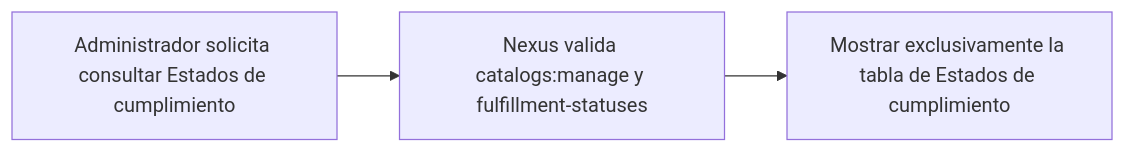
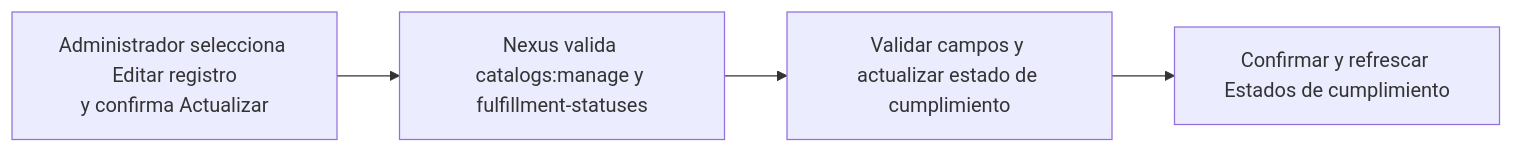
One commit to gpgsistemas01/nexus changed the diagram in docs/requirements/diagrams/catalogs/cu-cat-42.md. Above: the diagram before and after it, drawn with Mermaid. The commit also changed other lines of this file and 207 other files, not shown here.

````diff
--- a/docs/requirements/diagrams/catalogs/cu-cat-42.md
+++ b/docs/requirements/diagrams/catalogs/cu-cat-42.md
@@ -3,5 +3,6 @@
 ```mermaid
 flowchart LR
-    request["Administrador solicita consultar Estados de cumplimiento"] --> authorize["Nexus valida catalogs:manage y fulfillment-statuses"]
-    authorize --> result["Mostrar exclusivamente la tabla de Estados de cumplimiento"]
+    request["Administrador selecciona Editar registro<br/>y confirma Actualizar"] --> authorize["Nexus valida catalogs:manage y fulfillment-statuses"]
+    authorize --> persist["Validar campos y actualizar estado de cumplimiento"]
+    persist --> result["Confirmar y refrescar Estados de cumplimiento"]
 ```
````
